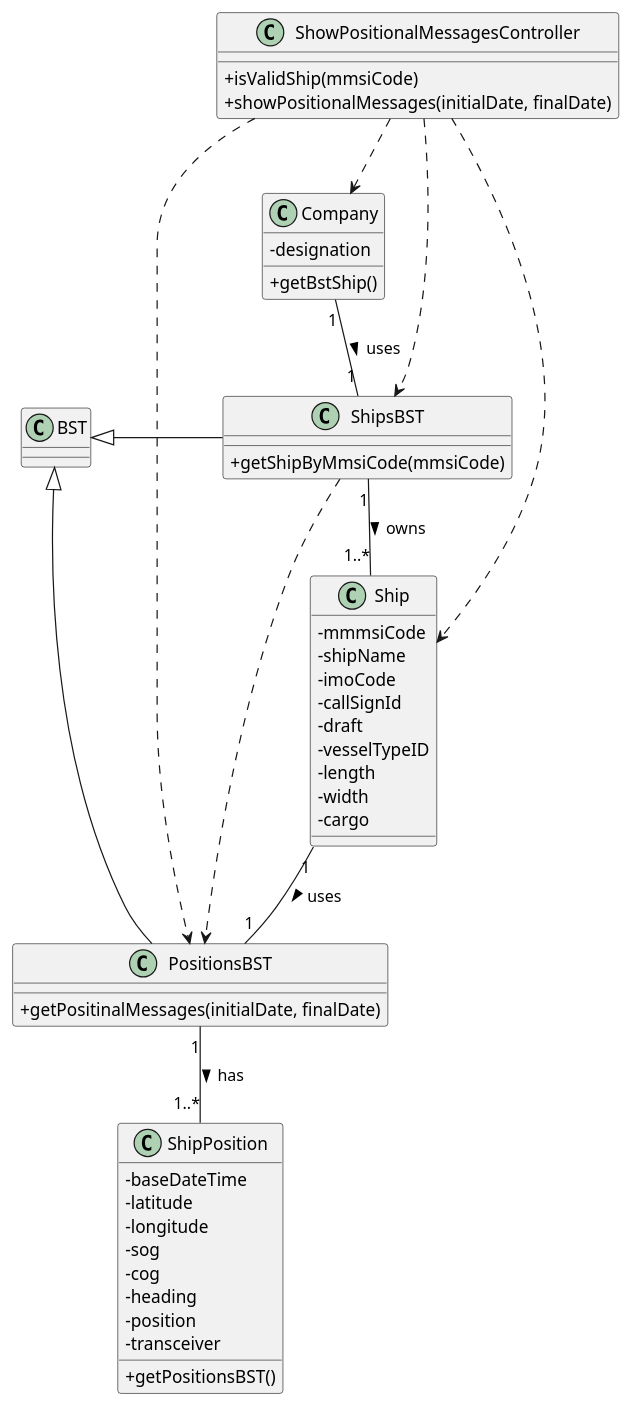
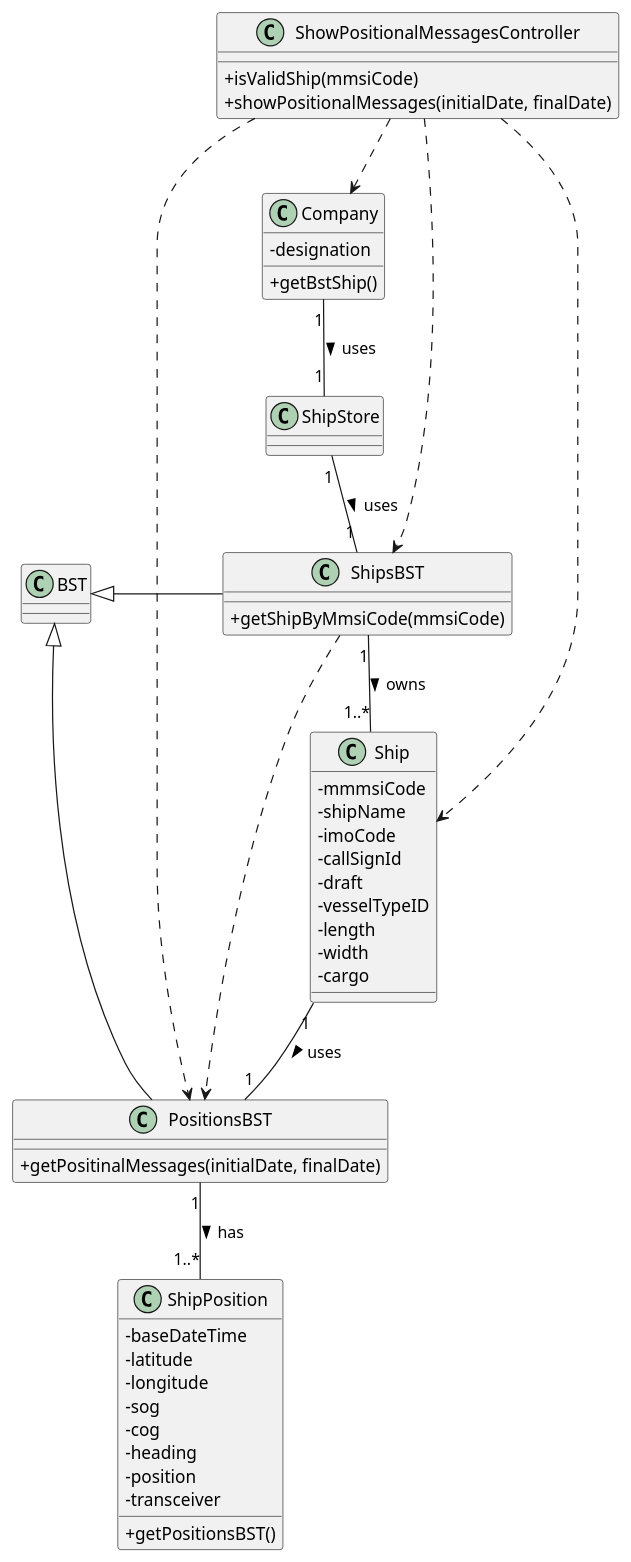
The diagram in docs/US103/US103_CD.puml (ana-albergaria/LAPR3-ISEP), drawn with PlantUML before and after one commit. The commit also changed 5 other files, not shown here.

Commit message:
G54-3 #comment correcting SD diagram

```diff
--- a/docs/US103/US103_CD.puml
+++ b/docs/US103/US103_CD.puml
@@ -1,68 +1,69 @@
 @startuml
 
 skinparam classAttributeIconSize 0
 
 
 class Ship {
     -mmmsiCode
     -shipName
     -imoCode
     -callSignId
     -draft
     -vesselTypeID
     -length
     -width
     -cargo
 }
 
 class ShipPosition {
     -baseDateTime
     -latitude
     -longitude
     -sog
     -cog
     -heading
     -position
     -transceiver
     +getPositionsBST()
 }
 
 class ShipsBST {
     +getShipByMmsiCode(mmsiCode)
 }
 
 class PositionsBST {
     +getPositinalMessages(initialDate, finalDate)
 }
 
 /'class ShowPositionalMessagesUI {}'/
 
 class ShowPositionalMessagesController {
     +isValidShip(mmsiCode)
     +showPositionalMessages(initialDate, finalDate)
 }
 
 class Company {
     -designation
     +getBstShip()
 }
 
 /'Ship "1" -- "1..*" ShipPosition : has >'/
 /'Company "1" -- "1..*" Ship : owns >'/
 
-Company "1" -- "1" ShipsBST : uses >
+Company "1" -- "1" ShipStore : uses >
+ShipStore "1" -- "1" ShipsBST : uses >
 ShipsBST "1" -- "1..*" Ship : owns >
 Ship "1" -- "1" PositionsBST : uses >
 PositionsBST "1" -- "1..*" ShipPosition : has >
 /'ShowPositionalMessagesUI ..> ShowPositionalMessagesController'/
 ShowPositionalMessagesController ..> Company
 ShowPositionalMessagesController ..> ShipsBST
 ShowPositionalMessagesController ..> Ship
 ShowPositionalMessagesController ..> PositionsBST
 ShipsBST ..> PositionsBST
 
 BST <|- PositionsBST
 BST <|- ShipsBST
 
 
 @enduml
```
